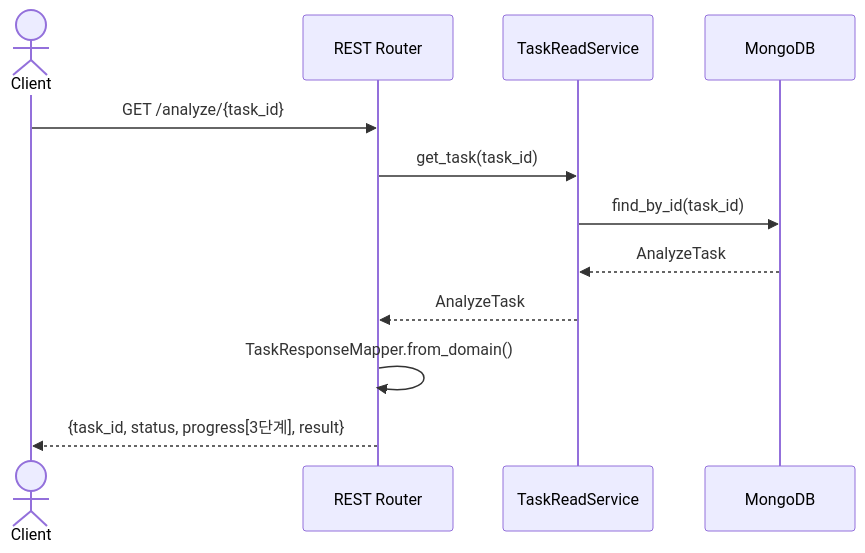
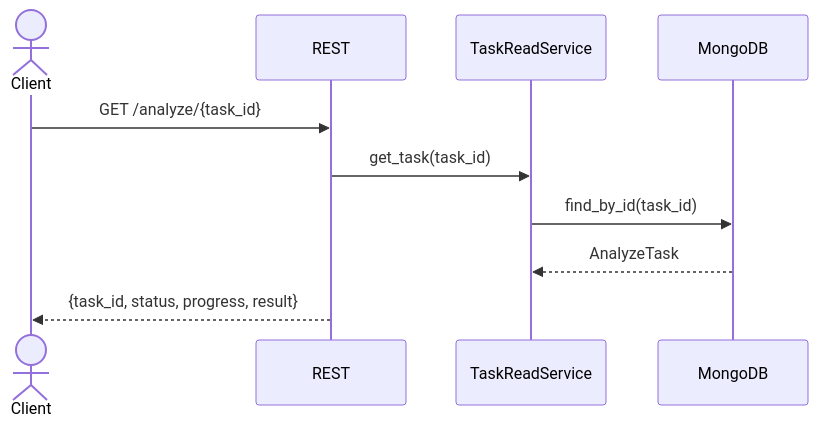
The sixth of 8 diagrams in docs/architecture.md (ryu-qqq/pipeline-server), drawn with Mermaid before and after one commit. The commit also changed other lines of this file and 10 other files, not shown here.

````diff
--- a/docs/architecture.md
+++ b/docs/architecture.md
@@ -363,15 +390,13 @@
 ```mermaid
 sequenceDiagram
     actor Client
-    participant R as REST Router
-    participant TRS as TaskReadService
-    participant Mongo as MongoDB
+    participant REST
+    participant TaskReadService
+    participant MongoDB
 
-    Client->>R: GET /analyze/{task_id}
-    R->>TRS: get_task(task_id)
-    TRS->>Mongo: find_by_id(task_id)
-    Mongo-->>TRS: AnalyzeTask
-    TRS-->>R: AnalyzeTask
-    R->>R: TaskResponseMapper.from_domain()
-    R-->>Client: {task_id, status, progress[3단계], result}
+    Client->>REST: GET /analyze/{task_id}
+    REST->>TaskReadService: get_task(task_id)
+    TaskReadService->>MongoDB: find_by_id(task_id)
+    MongoDB-->>TaskReadService: AnalyzeTask
+    REST-->>Client: {task_id, status, progress, result}
 ```
````
